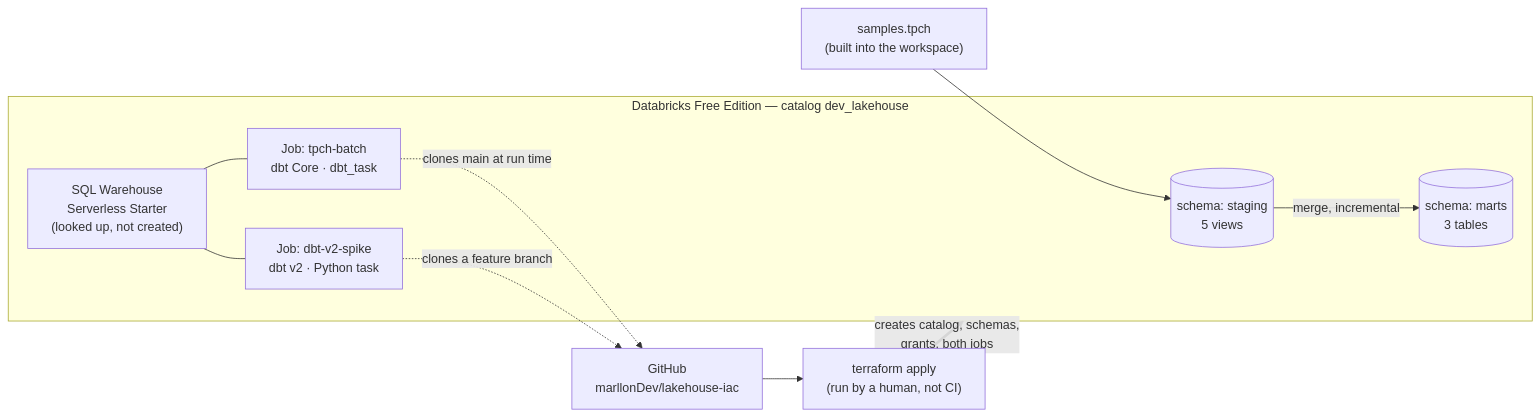
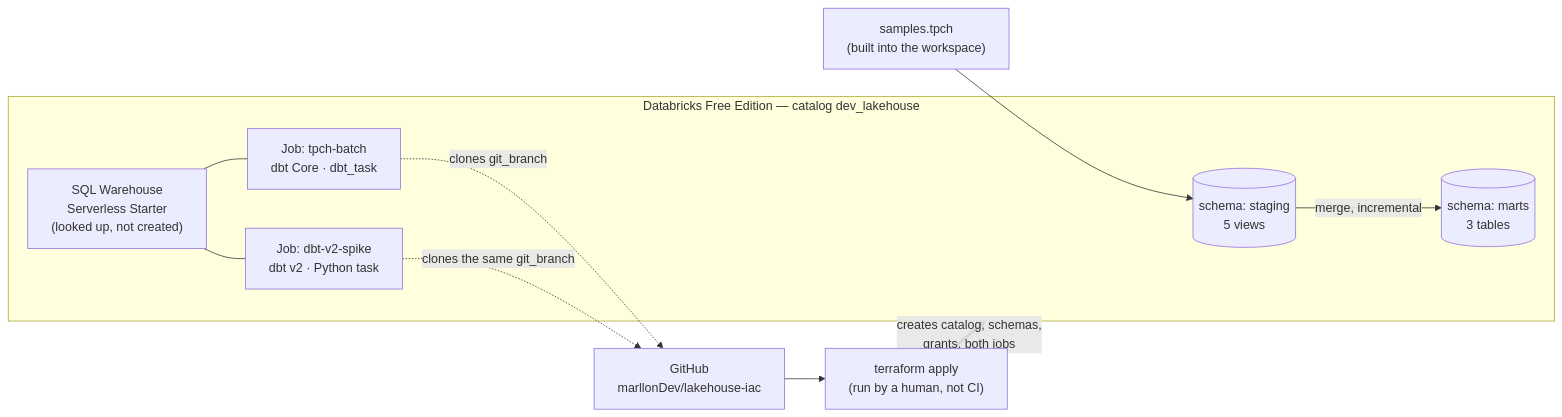
Before and after one commit to marllonDev/lakehouse-iac: the first of 3 diagrams in ARCHITECTURE.md, drawn with Mermaid. The commit also changed 3 other files, not shown here.

First line of the commit message:
fix(infra): make both dbt jobs clone the same branch

````diff
--- a/ARCHITECTURE.md
+++ b/ARCHITECTURE.md
@@ -15,25 +15,25 @@
 ```mermaid
 flowchart LR
     repo["GitHub<br/>marllonDev/lakehouse-iac"]
     human["terraform apply<br/>(run by a human, not CI)"]
 
     subgraph dbx ["Databricks Free Edition — catalog dev_lakehouse"]
         staging[("schema: staging<br/>5 views")]
         marts[("schema: marts<br/>3 tables")]
         wh["SQL Warehouse<br/>Serverless Starter<br/>(looked up, not created)"]
         corejob["Job: tpch-batch<br/>dbt Core · dbt_task"]
         v2job["Job: dbt-v2-spike<br/>dbt v2 · Python task"]
     end
 
     tpch["samples.tpch<br/>(built into the workspace)"]
 
     repo --> human
     human ==>|"creates catalog, schemas,<br/>grants, both jobs"| dbx
-    corejob -.->|"clones main at run time"| repo
-    v2job -.->|"clones a feature branch"| repo
+    corejob -.->|"clones git_branch"| repo
+    v2job -.->|"clones the same git_branch"| repo
 
     tpch --> staging
     staging -->|"merge, incremental"| marts
     wh --- corejob
     wh --- v2job
 ```
````
